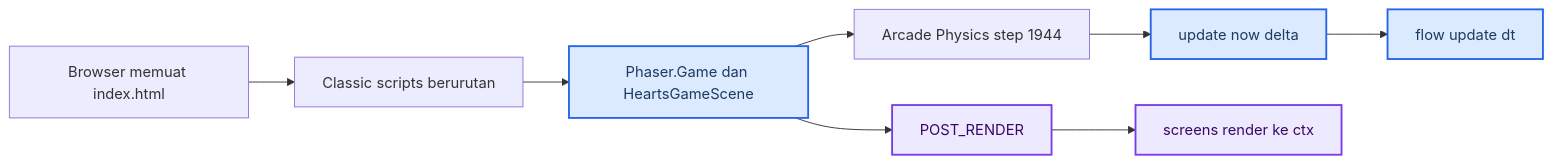
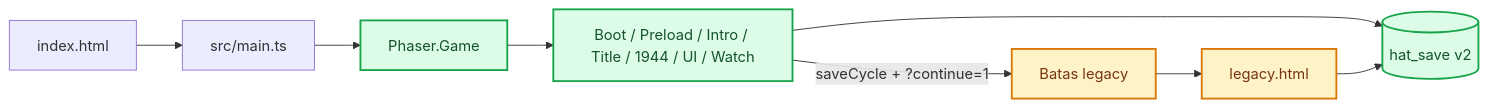
One commit to will702/hearts-across-time changed the first of 3 diagrams in docs/ARCHITECTURE.md. Above: the diagram before and after it, drawn with Mermaid. The commit also changed other lines of this file and 42 other files, not shown here.

First line of the commit message:
feat: port 1944 slice to native Phaser

````diff
--- a/docs/ARCHITECTURE.md
+++ b/docs/ARCHITECTURE.md
@@ -11,18 +15,15 @@
 ```mermaid
 flowchart LR
-    accTitle: Runtime Phaser dan Canvas
-    accDescr: Browser memuat global classic-script, Phaser memanggil update gameplay setiap frame, lalu renderer Canvas menggambar pada event POST_RENDER.
+    index[index.html] --> vite[src/main.ts]
+    vite --> game[Phaser.Game]
+    game --> native[Boot / Preload / Intro / Title / 1944 / UI / Watch]
+    native --> save[(hat_save v2)]
+    native -->|saveCycle + ?continue=1| seam[Batas legacy]
+    seam --> legacy[legacy.html]
+    legacy --> save
 
-    browser[Browser memuat index.html] --> scripts[Classic scripts berurutan]
-    scripts --> phaser[Phaser.Game dan HeartsGameScene]
-    phaser --> arcade[Arcade Physics step 1944]
-    arcade --> frame_update[update now delta]
-    frame_update --> game_update[flow update dt]
-    phaser --> post_render[POST_RENDER]
-    post_render --> canvas_render[screens render ke ctx]
-
-    classDef runtime fill:#dbeafe,stroke:#2563eb,stroke-width:2px,color:#1e3a5f
-    classDef render fill:#ede9fe,stroke:#7c3aed,stroke-width:2px,color:#3b0764
-    class phaser,frame_update,game_update runtime
-    class post_render,canvas_render render
+    classDef nativeStyle fill:#dcfce7,stroke:#16a34a,stroke-width:2px,color:#14532d
+    classDef legacyStyle fill:#fef3c7,stroke:#d97706,stroke-width:2px,color:#78350f
+    class game,native,save nativeStyle
+    class seam,legacy legacyStyle
 ```
````
